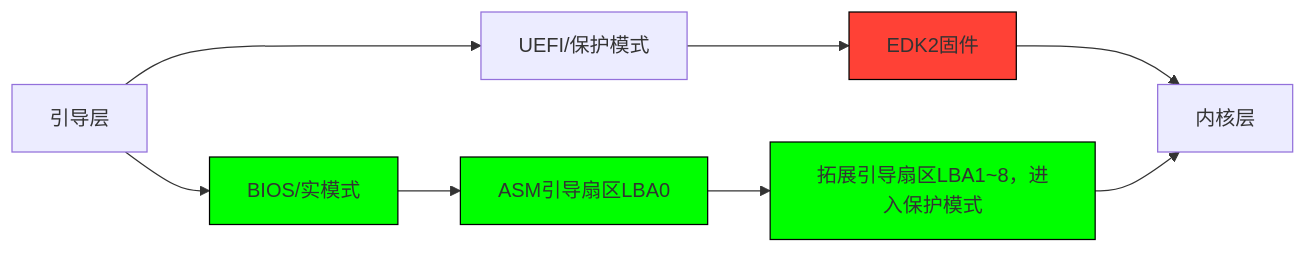
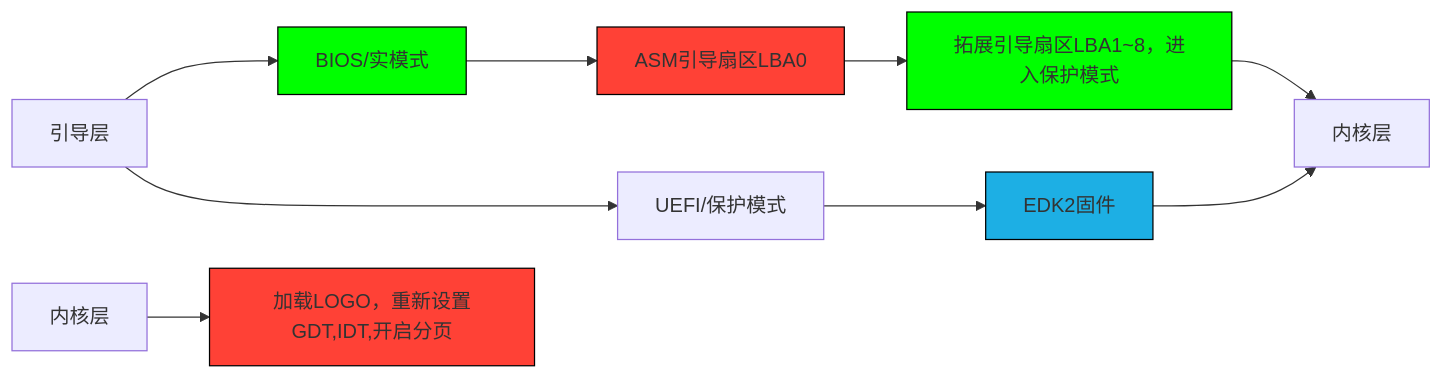
The diagram in README.md (XiYuyan-13yearsoldboy/13yearsold-RCOS1.0), drawn with Mermaid before and after one commit. The commit also changed other lines of this file, not shown here.

````diff
--- a/README.md
+++ b/README.md
@@ -11,14 +11,16 @@
 ```mermaid
 graph LR 
 A[引导层] --> B[BIOS/实模式]
 A --> C[UEFI/保护模式]
 B --> D[ASM引导扇区LBA0]
 D --> G[拓展引导扇区LBA1~8，进入保护模式]
 C --> E[EDK2固件]
 E --> F[内核层]
 G --> F
-style E fill:#FF4136,stroke:#000;
-style D fill:#0F0,stroke:#000;
+H[内核层] --> I[加载LOGO，重新设置GDT,IDT,开启分页] 
+style D fill:#FF4136,stroke:#000;
+style I fill:#FF4136,stroke:#000;
+style E fill:#1DAFE4,stroke:#000;
 style G fill:#0F0,stroke:#000;
 style B fill:#0F0,stroke:#000;
 ```
````
